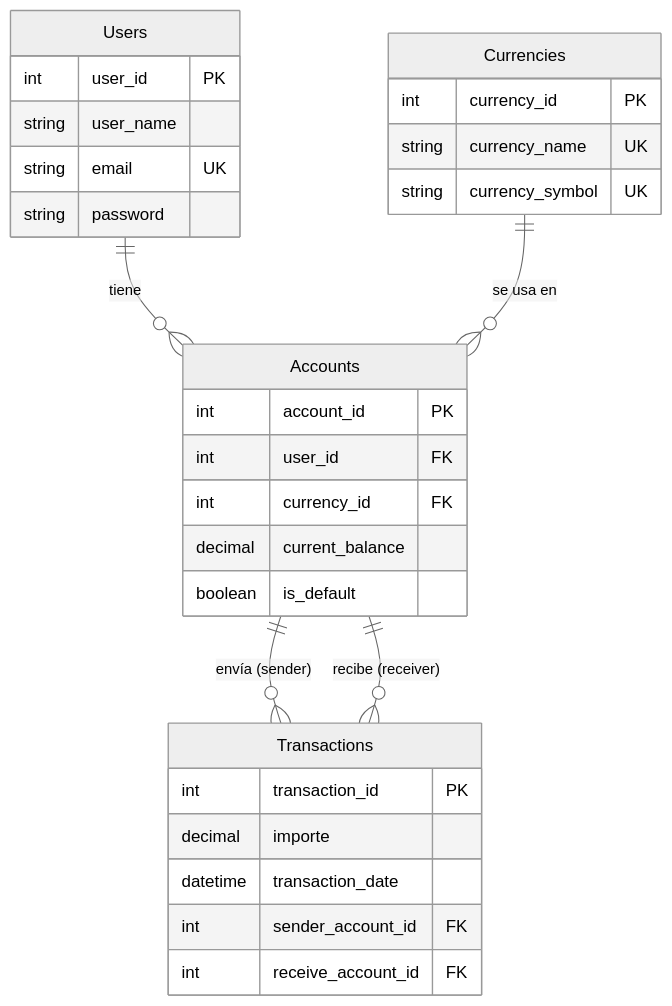
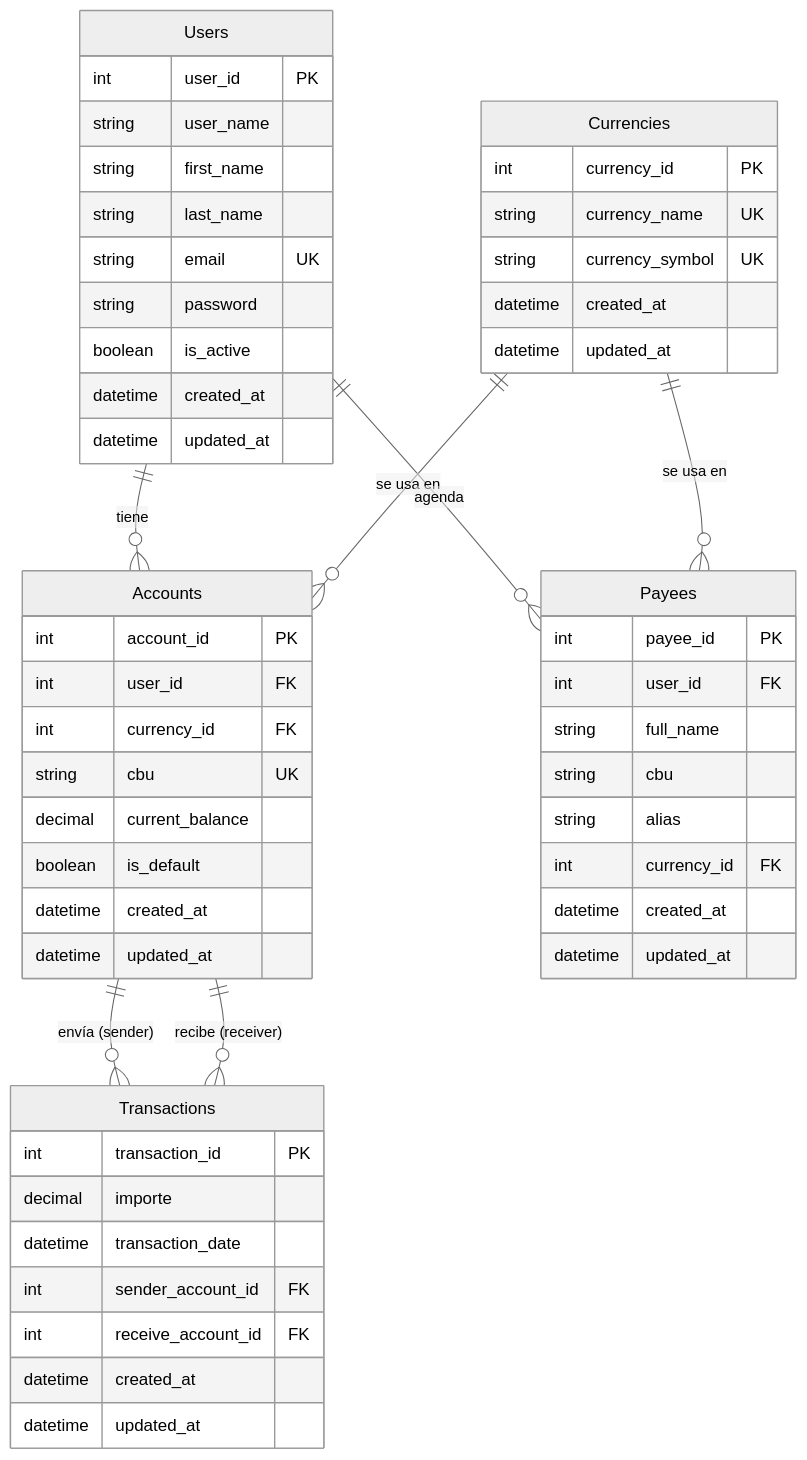
The diagram in database/alke_wallet_db/README.md (scarvallot/alke-wallet), drawn with Mermaid (neutral theme) before and after one commit. The commit also changed other lines of this file and 5 other files, not shown here.

First line of the commit message:
docs(readme):Se agregó documentación completa y diagramas ER para el proyecto Alke Wallet.

````diff
--- a/database/alke_wallet_db/README.md
+++ b/database/alke_wallet_db/README.md
@@ -88,36 +159,61 @@
 ```mermaid
 erDiagram
     Users {
         int user_id PK
         string user_name
+        string first_name
+        string last_name
         string email UK
         string password
+        boolean is_active
+        datetime created_at
+        datetime updated_at
     }
 
     Currencies {
         int currency_id PK
         string currency_name UK
         string currency_symbol UK
+        datetime created_at
+        datetime updated_at
     }
 
     Accounts {
         int account_id PK
         int user_id FK
         int currency_id FK
+        string cbu UK
         decimal current_balance
         boolean is_default
+        datetime created_at
+        datetime updated_at
     }
 
     Transactions {
         int transaction_id PK
         decimal importe
         datetime transaction_date
         int sender_account_id FK
         int receive_account_id FK
+        datetime created_at
+        datetime updated_at
+    }
+
+    Payees {
+        int payee_id PK
+        int user_id FK
+        string full_name
+        string cbu
+        string alias
+        int currency_id FK
+        datetime created_at
+        datetime updated_at
     }
 
     Users ||--o{ Accounts : "tiene"
     Currencies ||--o{ Accounts : "se usa en"
     Accounts ||--o{ Transactions : "envía (sender)"
     Accounts ||--o{ Transactions : "recibe (receiver)"
+    Users ||--o{ Payees : "agenda"
+    Currencies ||--o{ Payees : "se usa en"
 ```
````
